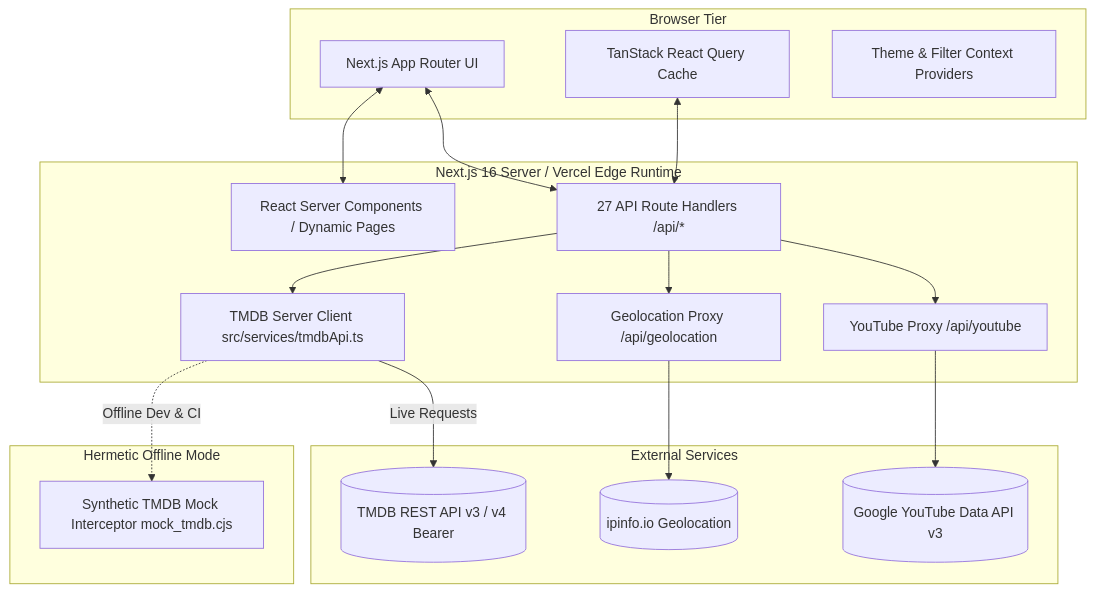
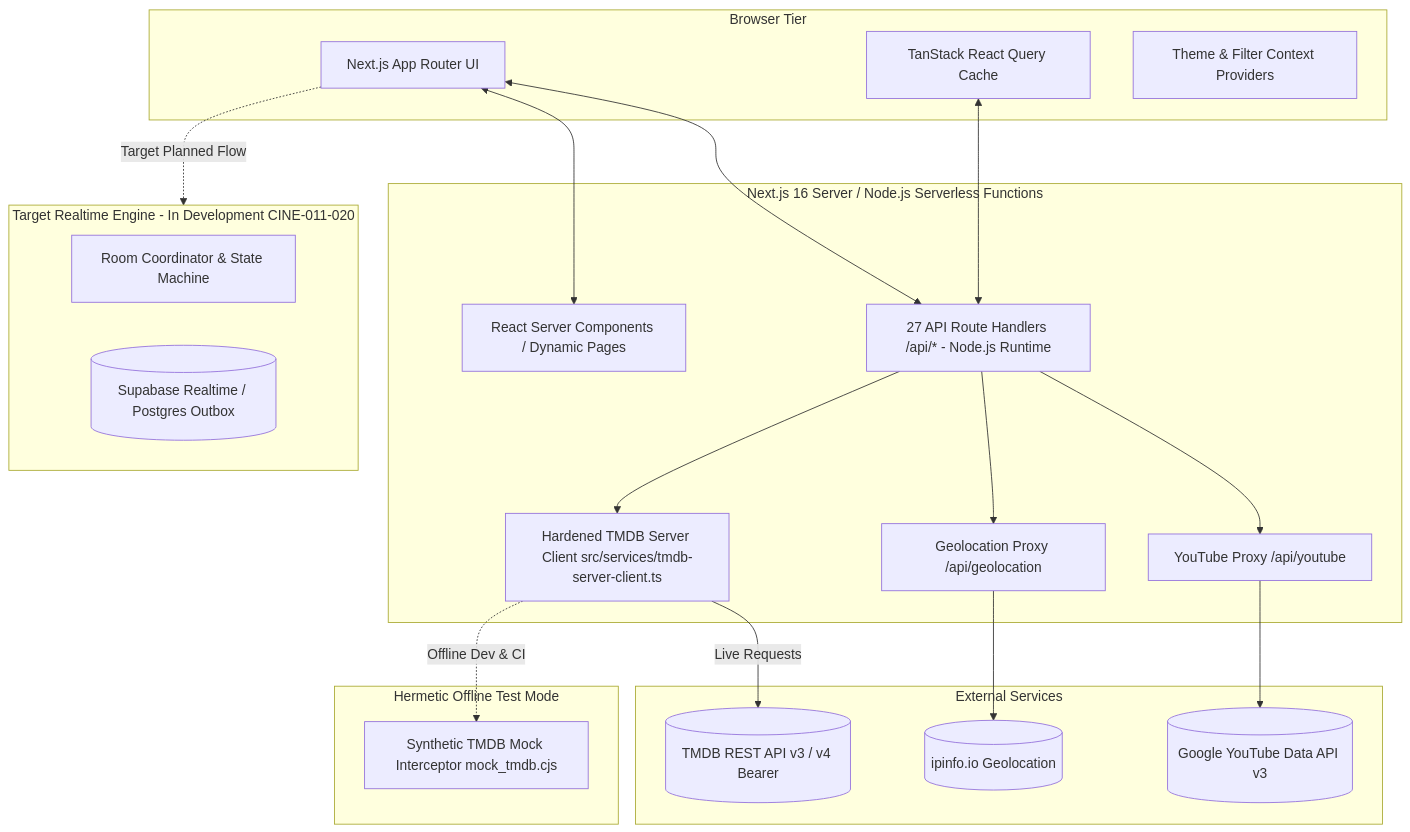
One commit to KaisAbiyyi/cinemania changed the diagram in README.md. Above: the diagram before and after it, drawn with Mermaid. The commit also changed other lines of this file and 5 other files, not shown here.

````diff
--- a/README.md
+++ b/README.md
@@ -26,38 +32,45 @@
 ```mermaid
 flowchart TD
     subgraph Client [Browser Tier]
         App[Next.js App Router UI]
         ReactQuery[TanStack React Query Cache]
         ThemeContext[Theme & Filter Context Providers]
     end
 
-    subgraph Server [Next.js 16 Server / Vercel Edge Runtime]
+    subgraph Server [Next.js 16 Server / Node.js Serverless Functions]
         RSC[React Server Components / Dynamic Pages]
-        RouteHandlers[27 API Route Handlers /api/*]
-        TMDBClient[TMDB Server Client src/services/tmdbApi.ts]
+        RouteHandlers[27 API Route Handlers /api/* - Node.js Runtime]
+        TMDBClient[Hardened TMDB Server Client src/services/tmdb-server-client.ts]
         GeoProxy[Geolocation Proxy /api/geolocation]
         YTProxy[YouTube Proxy /api/youtube]
     end
 
     subgraph External [External Services]
         TMDBAPI[(TMDB REST API v3 / v4 Bearer)]
         IPInfo[(ipinfo.io Geolocation)]
         YouTubeAPI[(Google YouTube Data API v3)]
     end
 
-    subgraph Hermetic [Hermetic Offline Mode]
+    subgraph Hermetic [Hermetic Offline Test Mode]
         MockInterceptor[Synthetic TMDB Mock Interceptor mock_tmdb.cjs]
+    end
+
+    subgraph TargetBackend [Target Realtime Engine - In Development CINE-011-020]
+        RoomEngine[Room Coordinator & State Machine]
+        RealtimeBus[(Supabase Realtime / Postgres Outbox)]
     end
 
     App <--> RSC
     App <--> RouteHandlers
     ReactQuery <--> RouteHandlers
     RouteHandlers --> TMDBClient
     RouteHandlers --> GeoProxy
     RouteHandlers --> YTProxy
 
     TMDBClient -.->|Offline Dev & CI| MockInterceptor
     TMDBClient -->|Live Requests| TMDBAPI
     GeoProxy --> IPInfo
     YTProxy --> YouTubeAPI
+
+    App -.->|Target Planned Flow| TargetBackend
 ```
````
